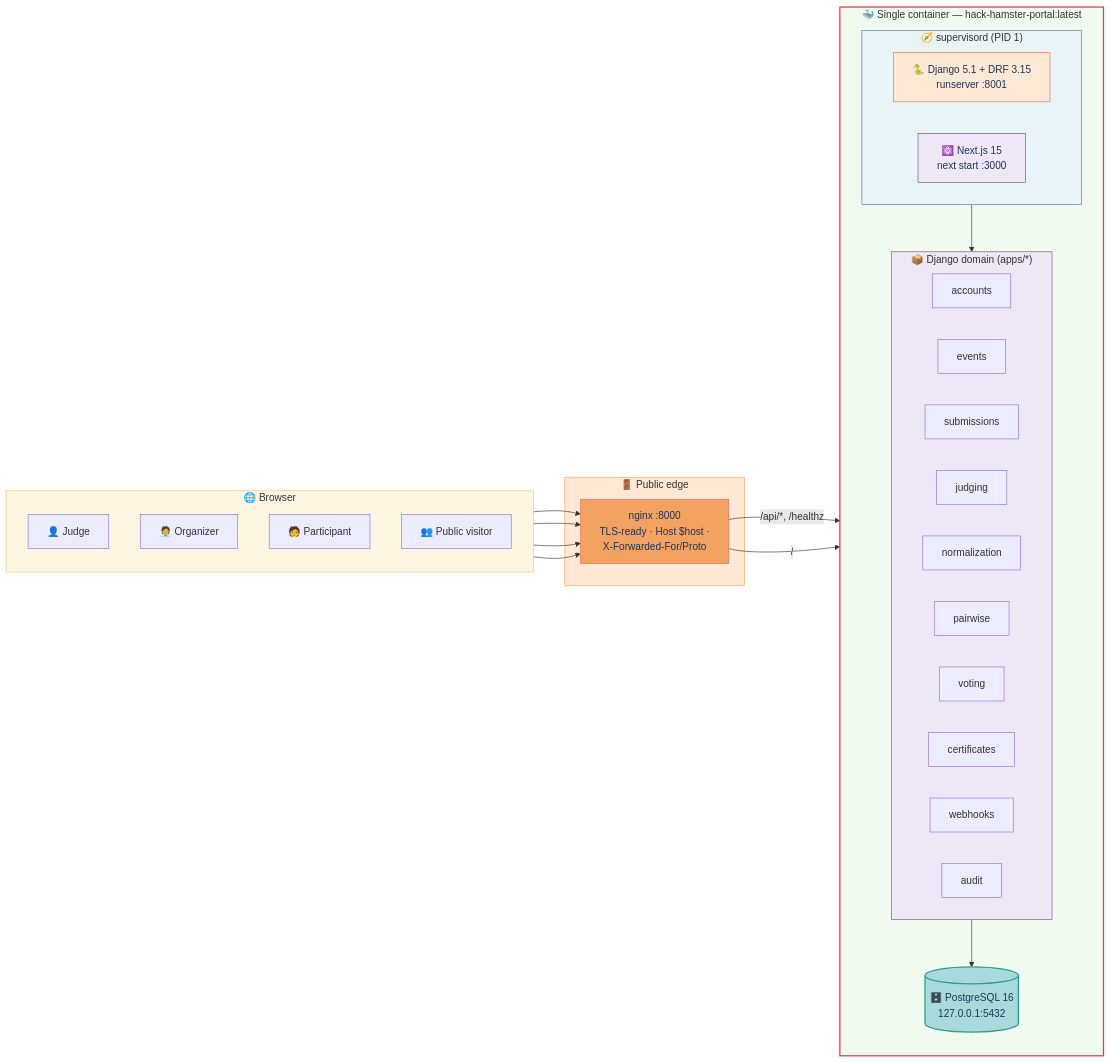
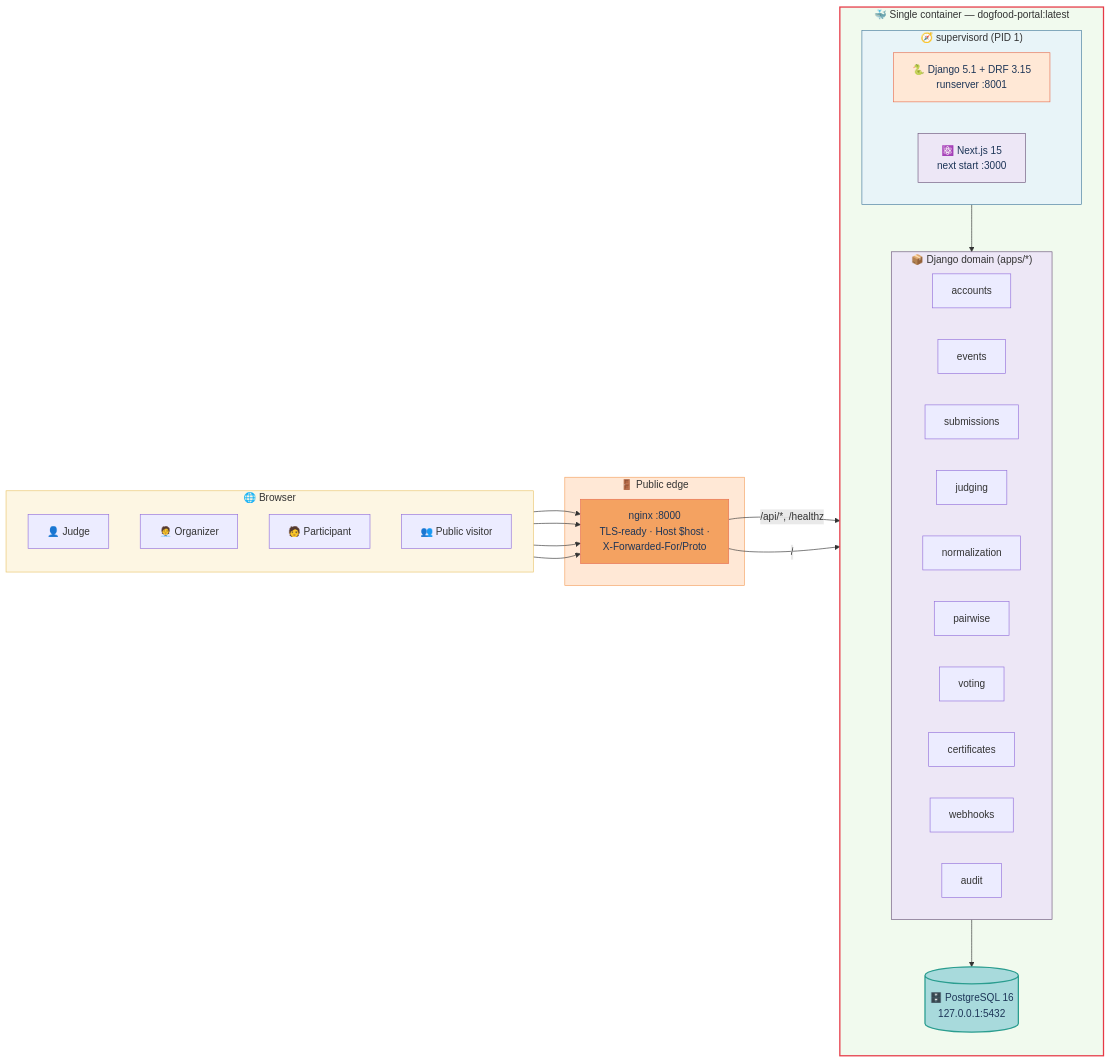
One commit to choksi2212/dogfood-hackathon changed the first of 10 diagrams in README.md. Above: the diagram before and after it, drawn with Mermaid. The commit also changed 2 other files, not shown here.

Commit message:
chore(freeze): compose project + image name dogfood-portal (was hack-hamster-portal); README diagram label matches
Judge-visible surfaces no longer carry the old codename. Compose name/image
change only — no route, env, or behaviour change. Official checker re-run
after the change: 7/7 PASS, verified T1 T2.

````diff
--- a/README.md
+++ b/README.md
@@ -98,60 +98,60 @@
 ```mermaid
 flowchart LR
     subgraph Edge["🌐 Browser"]
         direction TB
         U1[👤 Judge]
         U2[🧑‍💼 Organizer]
         U3[🧑 Participant]
         U4[👥 Public visitor]
     end
 
     subgraph Edge2["🚪 Public edge"]
         NG["nginx :8000<br/>TLS-ready · Host $host ·<br/>X-Forwarded-For/Proto"]
     end
 
-    subgraph App["🐳 Single container — hack-hamster-portal:latest"]
+    subgraph App["🐳 Single container — dogfood-portal:latest"]
         direction TB
         subgraph Sup["🧭 supervisord (PID 1)"]
             direction LR
             DJ["🐍 Django 5.1 + DRF 3.15<br/>runserver :8001"]
             NX["⚛️ Next.js 15<br/>next start :3000"]
         end
 
         subgraph Domain["📦 Django domain (apps/*)"]
             direction LR
             ACC[accounts]
             EVT[events]
             SUB[submissions]
             JUD[judging]
             NRM[normalization]
             PAI[pairwise]
             VOT[voting]
             CRT[certificates]
             WHK[webhooks]
             AUD[audit]
         end
 
         PG[("🗄️ PostgreSQL 16<br/>127.0.0.1:5432")]
     end
 
     U1 --> NG
     U2 --> NG
     U3 --> NG
     U4 --> NG
 
     NG -->|"/api/*, /healthz"| DJ
     NG -->|"/"| NX
 
     DJ --> Domain
     Domain --> PG
 
     style Edge fill:#FDF6E3,stroke:#E9C46A,stroke-width:1px
     style Edge2 fill:#FFE8D6,stroke:#F4A261,stroke-width:1px
     style App fill:#F1FAEE,stroke:#E63946,stroke-width:2px
     style Sup fill:#E8F4F8,stroke:#457B9D,stroke-width:1px
     style Domain fill:#EDE7F6,stroke:#6C567B,stroke-width:1px
     style PG fill:#A8DADC,stroke:#2A9D8F,stroke-width:2px,color:#1D3557
     style NG fill:#F4A261,stroke:#E76F51,color:#1D3557
     style DJ fill:#FFE8D6,stroke:#E76F51,color:#1D3557
     style NX fill:#EDE7F6,stroke:#6C567B,color:#1D3557
 ```
````
